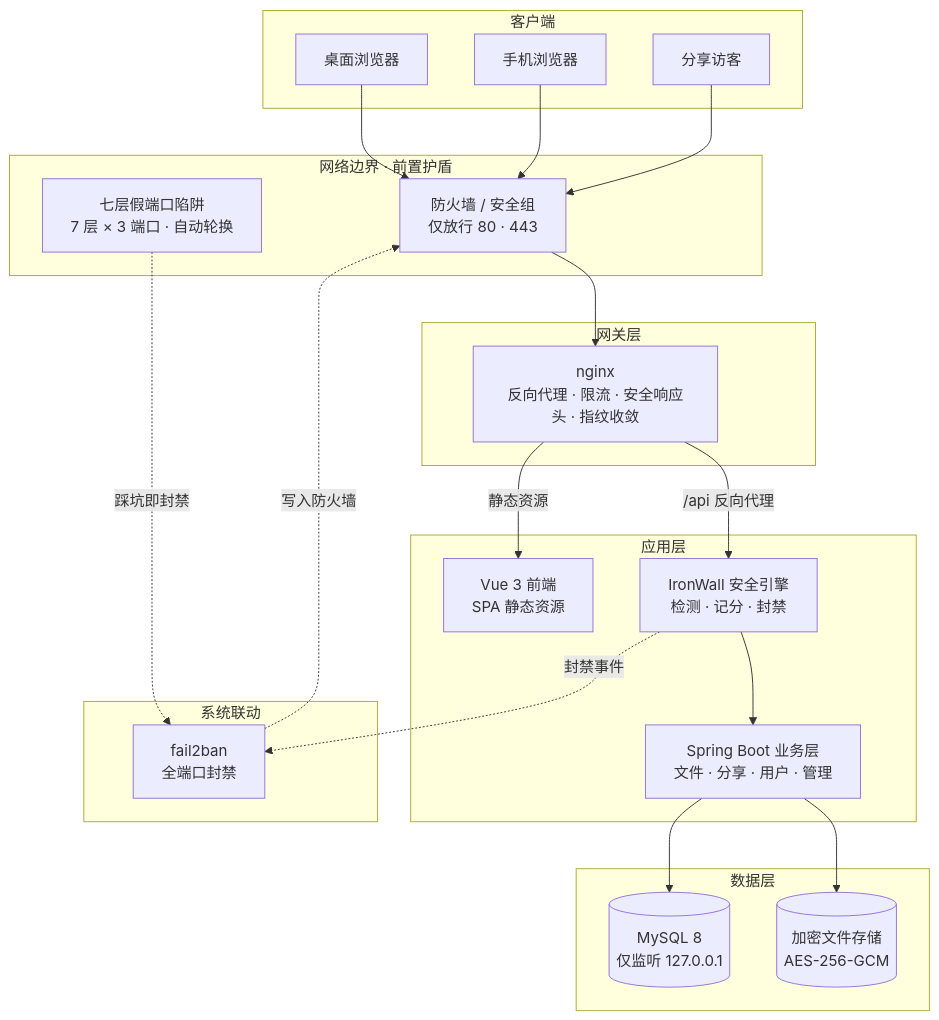
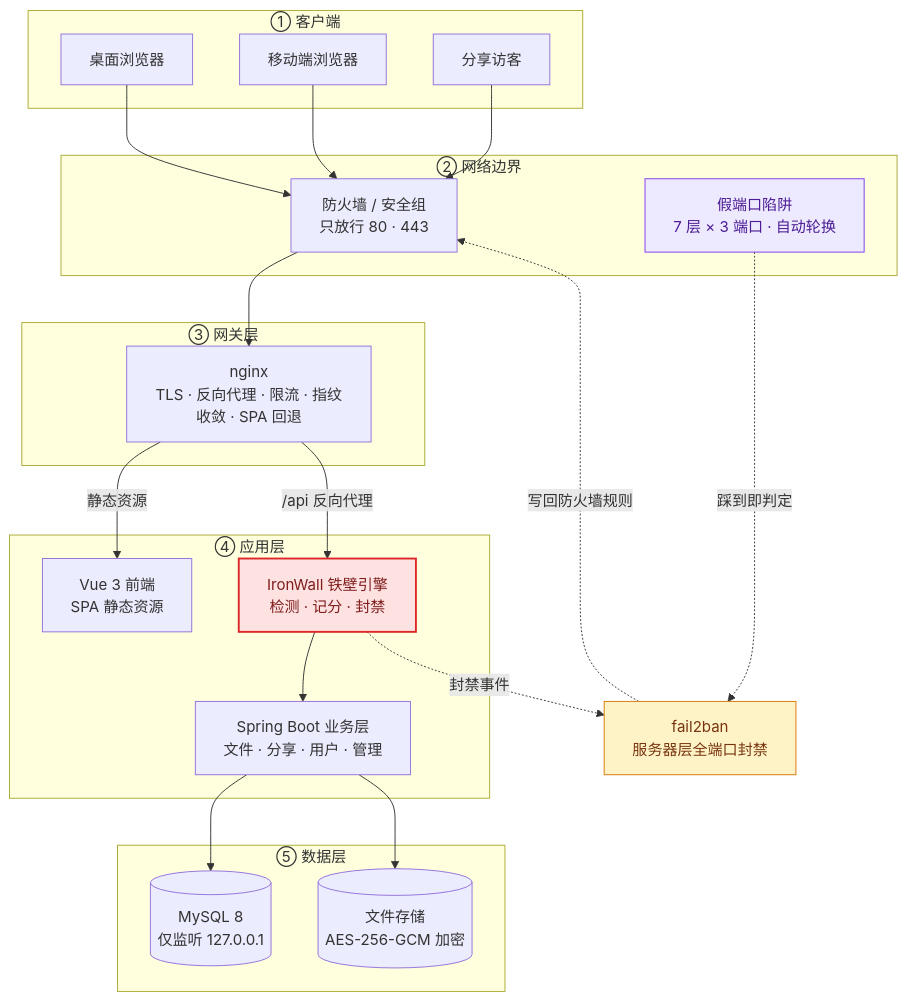
Before and after one commit to xuanxuan205/Classic-cloud-source: the first of 4 diagrams in README.md, drawn with Mermaid. The commit also changed other lines of this file, not shown here.

````diff
--- a/README.md
+++ b/README.md
@@ -70,45 +104,47 @@
 ```mermaid
 flowchart TB
-    subgraph CLIENT["客户端"]
+    subgraph CLIENT["① 客户端"]
         B1["桌面浏览器"]
-        B2["手机浏览器"]
+        B2["移动端浏览器"]
         B3["分享访客"]
     end
 
-    subgraph EDGE["网络边界 · 前置护盾"]
-        FW["防火墙 / 安全组<br/>仅放行 80 · 443"]
-        DP["七层假端口陷阱<br/>7 层 × 3 端口 · 自动轮换"]
+    subgraph EDGE["② 网络边界"]
+        FW["防火墙 / 安全组<br/>只放行 80 · 443"]
+        DP["假端口陷阱<br/>7 层 × 3 端口 · 自动轮换"]
     end
 
-    subgraph GATE["网关层"]
-        NG["nginx<br/>反向代理 · 限流 · 安全响应头 · 指纹收敛"]
+    subgraph GATE["③ 网关层"]
+        NG["nginx<br/>TLS · 反向代理 · 限流 · 指纹收敛 · SPA 回退"]
     end
 
-    subgraph APP["应用层"]
+    subgraph APP["④ 应用层"]
         FE["Vue 3 前端<br/>SPA 静态资源"]
-        IW["IronWall 安全引擎<br/>检测 · 记分 · 封禁"]
+        IW["IronWall 铁壁引擎<br/>检测 · 记分 · 封禁"]
         BE["Spring Boot 业务层<br/>文件 · 分享 · 用户 · 管理"]
         IW --> BE
     end
 
-    subgraph DATA["数据层"]
+    subgraph DATA["⑤ 数据层"]
         DB[("MySQL 8<br/>仅监听 127.0.0.1")]
-        FS[("加密文件存储<br/>AES-256-GCM")]
+        FS[("文件存储<br/>AES-256-GCM 加密")]
     end
 
-    subgraph LINK["系统联动"]
-        F2B["fail2ban<br/>全端口封禁"]
-    end
+    F2B["fail2ban<br/>服务器层全端口封禁"]
 
     B1 --> FW
     B2 --> FW
     B3 --> FW
     FW --> NG
-    NG -->|静态资源| FE
+    NG -->|"静态资源"| FE
     NG -->|"/api 反向代理"| IW
     BE --> DB
     BE --> FS
-    IW -.->|封禁事件| F2B
-    F2B -.->|写入防火墙| FW
-    DP -.->|踩坑即封禁| F2B
+    IW -.->|"封禁事件"| F2B
+    DP -.->|"踩到即判定"| F2B
+    F2B -.->|"写回防火墙规则"| FW
+
+    style IW fill:#fee2e2,stroke:#dc2626,stroke-width:2px,color:#7f1d1d
+    style F2B fill:#fef3c7,stroke:#d97706,color:#78350f
+    style DP fill:#ede9fe,stroke:#7c3aed,color:#4c1d95
 ```
````
